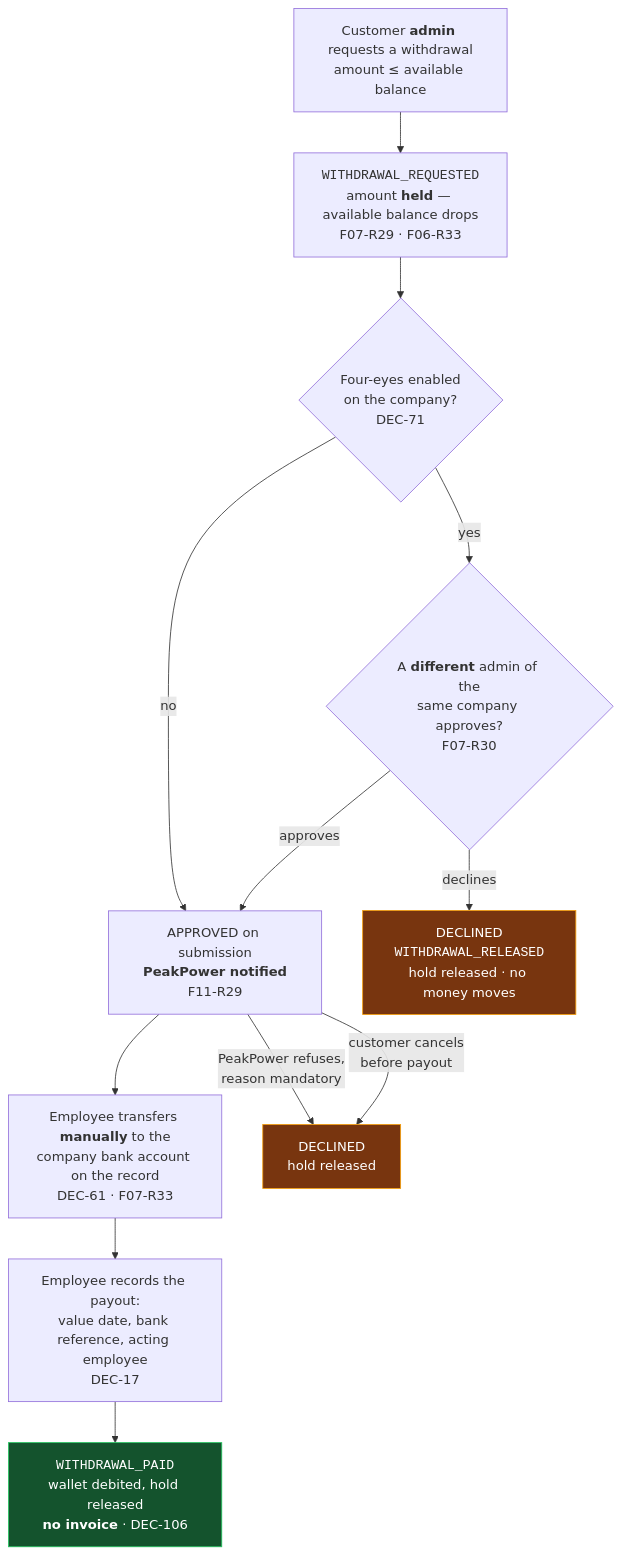
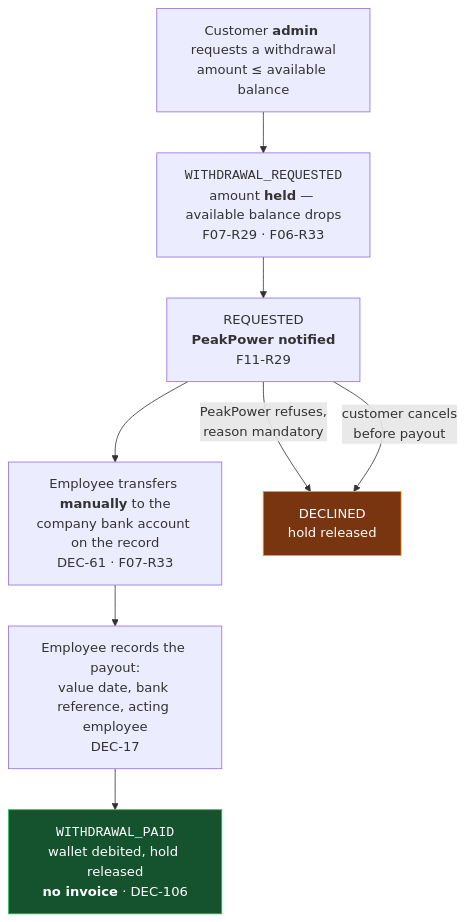
One commit to lukastosic-ifd/peakpowerspecs changed the fifth of 5 diagrams in specs/40-processes/03-wallet-topup-flow.md. Above: the diagram before and after it, drawn with Mermaid. The commit also changed other lines of this file and 40 other files, not shown here.

First line of the commit message:
DEC-179: the four-eyes rule is removed (#21)

````diff
--- a/specs/40-processes/03-wallet-topup-flow.md
+++ b/specs/40-processes/03-wallet-topup-flow.md
@@ -349,19 +349,15 @@
 ```mermaid
 flowchart TB
     A["Customer <b>admin</b> requests a withdrawal<br/>amount ≤ available balance"] --> H["<code>WITHDRAWAL_REQUESTED</code><br/>amount <b>held</b> — available balance drops<br/>F07-R29 · F06-R33"]
-    H --> B{"Four-eyes enabled<br/>on the company?<br/>DEC-71"}
-    B -->|no| D["APPROVED on submission<br/><b>PeakPower notified</b><br/>F11-R29"]
-    B -->|yes| C{"A <b>different</b> admin of the<br/>same company approves?<br/>F07-R30"}
-    C -->|declines| E["DECLINED<br/><code>WITHDRAWAL_RELEASED</code><br/>hold released · no money moves"]
-    C -->|approves| D
+    H --> D["REQUESTED<br/><b>PeakPower notified</b><br/>F11-R29"]
     D --> F["Employee transfers <b>manually</b> to the<br/>company bank account on the record<br/>DEC-61 · F07-R33"]
     F --> G["Employee records the payout:<br/>value date, bank reference, acting employee<br/>DEC-17"]
     G --> P["<code>WITHDRAWAL_PAID</code><br/>wallet debited, hold released<br/><b>no invoice</b> · DEC-106"]
     D -->|"PeakPower refuses,<br/>reason mandatory"| R["DECLINED<br/>hold released"]
     D -->|"customer cancels<br/>before payout"| R
 
     classDef warn fill:#78350f,stroke:#f59e0b,color:#fff
     classDef good fill:#14532d,stroke:#22c55e,color:#fff
-    class E,R warn
+    class R warn
     class P good
 ```
````
